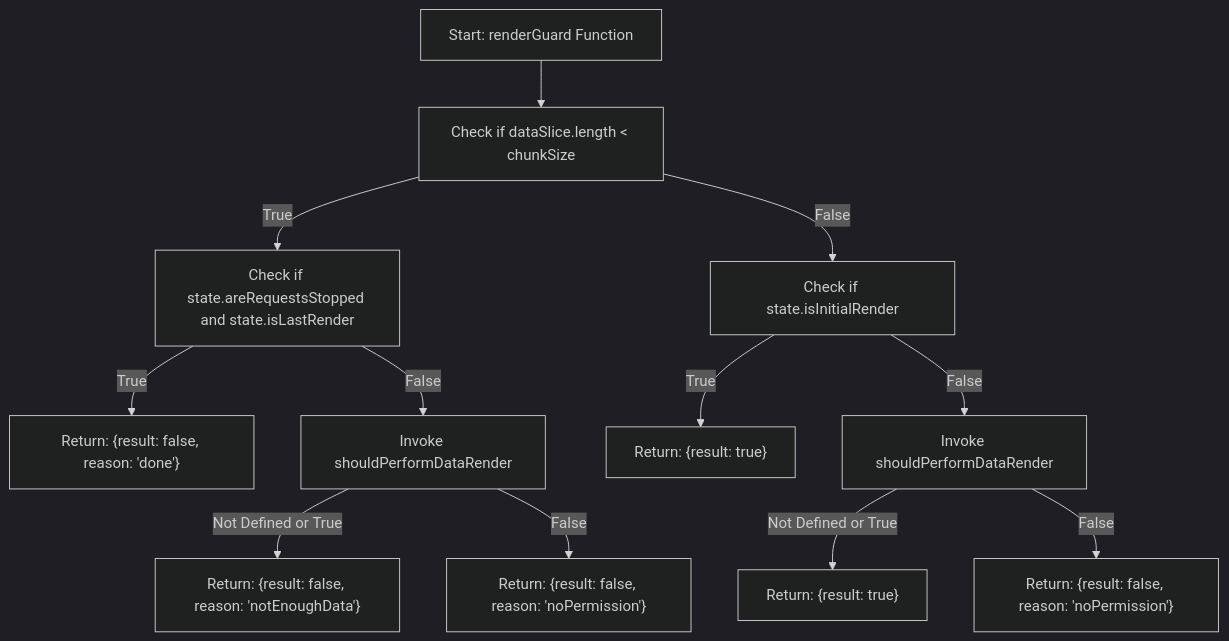
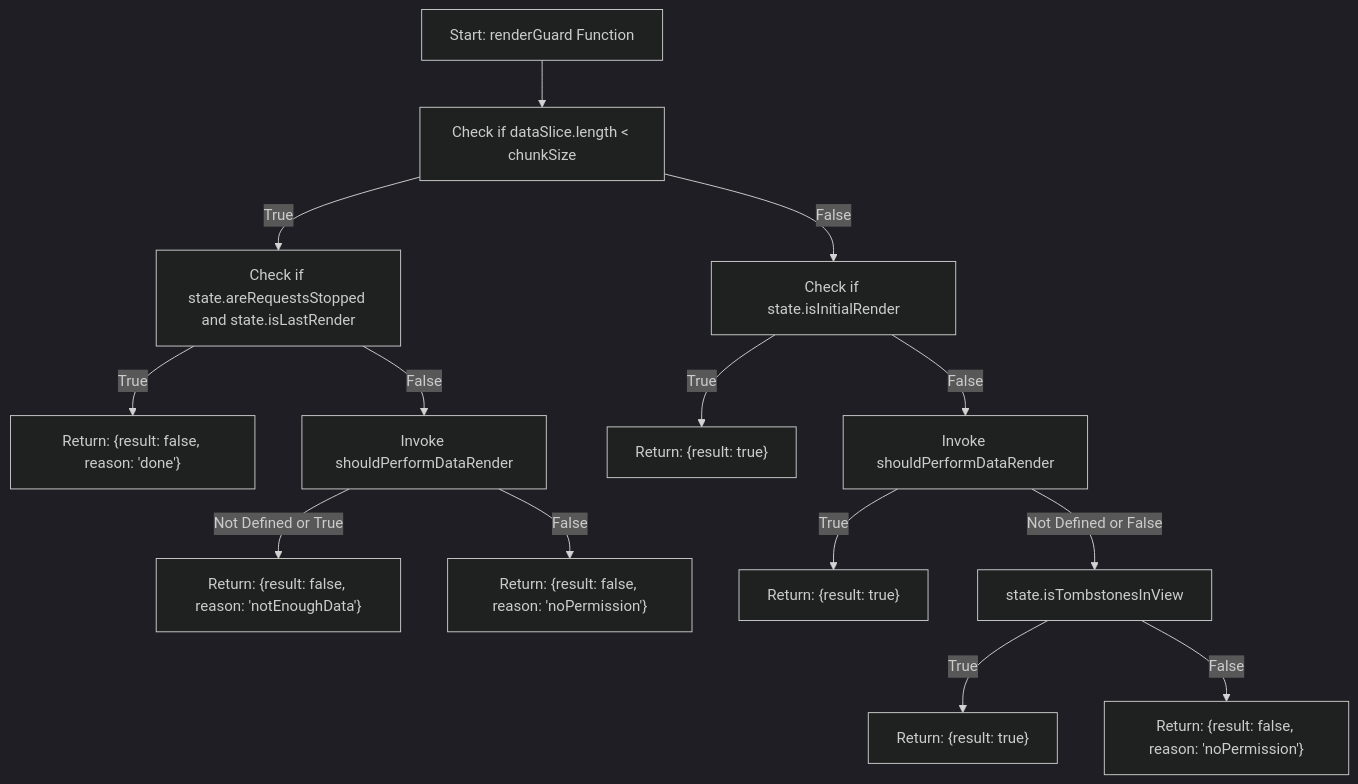
Before and after one commit to V4Fire/Client: the first of 2 diagrams in src/components/base/b-virtual-scroll-new/README.md, drawn with Mermaid (dark theme). The commit also changed other lines of this file and 12 other files, not shown here.

````diff
--- a/src/components/base/b-virtual-scroll-new/README.md
+++ b/src/components/base/b-virtual-scroll-new/README.md
@@ -733,14 +733,16 @@
 ```mermaid
 flowchart TD
     A["Start: renderGuard Function"] --> B["Check if dataSlice.length < chunkSize"]
     B -- "True" --> C["Check if state.areRequestsStopped and state.isLastRender"]
     C -- "True" --> D["Return: {result: false, reason: 'done'}"]
     C -- "False" --> E["Invoke shouldPerformDataRender"]
     E -- "Not Defined or True" --> Z["Return: {result: false, reason: 'notEnoughData'}"]
     E -- "False" --> X["Return: {result: false, reason: 'noPermission'}"]
     B -- "False" --> F["Check if state.isInitialRender"]
     F -- "True" --> G["Return: {result: true}"]
     F -- "False" --> H["Invoke shouldPerformDataRender"]
-    H -- "Not Defined or True" --> I["Return: {result: true}"]
-    H -- "False" --> J["Return: {result: false, reason: 'noPermission'}"]
+    H -- "True" --> I["Return: {result: true}"]
+    H -- "Not Defined or False" --> J["state.isTombstonesInView"]
+    J -- "True" --> K["Return: {result: true}"]
+    J -- "False" --> L["Return: {result: false, reason: 'noPermission'}"]
 ```
````
